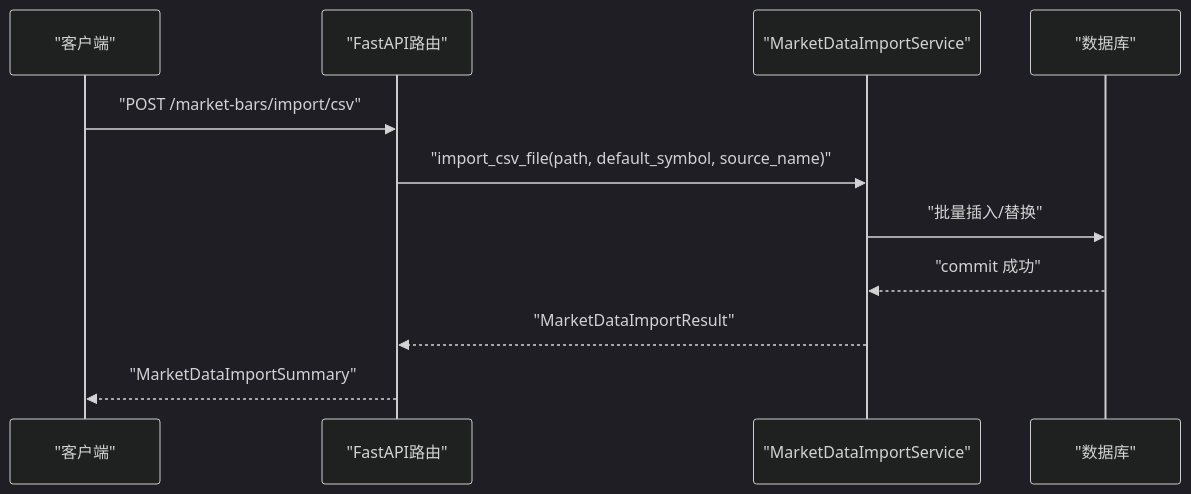
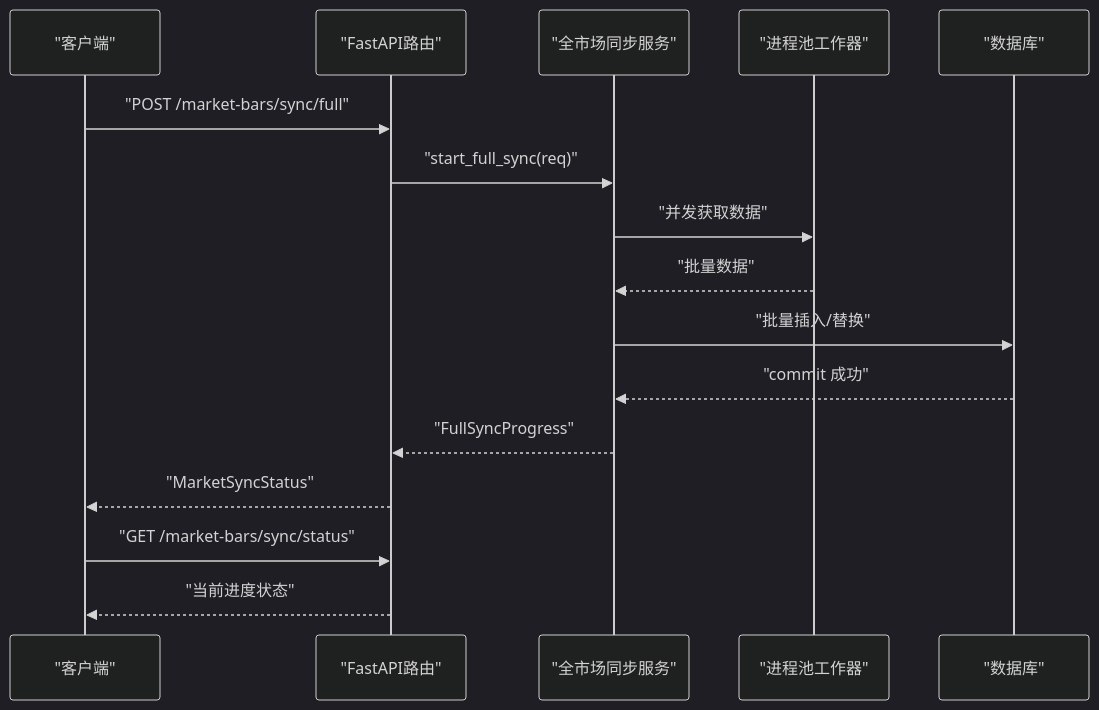
One commit to javelin-dot/llmine-quant changed the fifth of 9 diagrams in .qoder/repowiki/zh/content/核心功能模块/数据管理/市场数据导入.md. Above: the diagram before and after it, drawn with Mermaid (dark theme). The commit also changed other lines of this file and 19 other files, not shown here.

````diff
--- a/.qoder/repowiki/zh/content/核心功能模块/数据管理/市场数据导入.md
+++ b/.qoder/repowiki/zh/content/核心功能模块/数据管理/市场数据导入.md
@@ -198,13 +299,18 @@
 ```mermaid
 sequenceDiagram
 participant Client as "客户端"
 participant API as "FastAPI路由"
-participant Svc as "MarketDataImportService"
+participant FullSync as "全市场同步服务"
+participant Worker as "进程池工作器"
 participant DB as "数据库"
-Client->>API : "POST /market-bars/import/csv"
-API->>Svc : "import_csv_file(path, default_symbol, source_name)"
-Svc->>DB : "批量插入/替换"
-DB-->>Svc : "commit 成功"
-Svc-->>API : "MarketDataImportResult"
-API-->>Client : "MarketDataImportSummary"
+Client->>API : "POST /market-bars/sync/full"
+API->>FullSync : "start_full_sync(req)"
+FullSync->>Worker : "并发获取数据"
+Worker-->>FullSync : "批量数据"
+FullSync->>DB : "批量插入/替换"
+DB-->>FullSync : "commit 成功"
+FullSync-->>API : "FullSyncProgress"
+API-->>Client : "MarketSyncStatus"
+Client->>API : "GET /market-bars/sync/status"
+API-->>Client : "当前进度状态"
 ```
````
